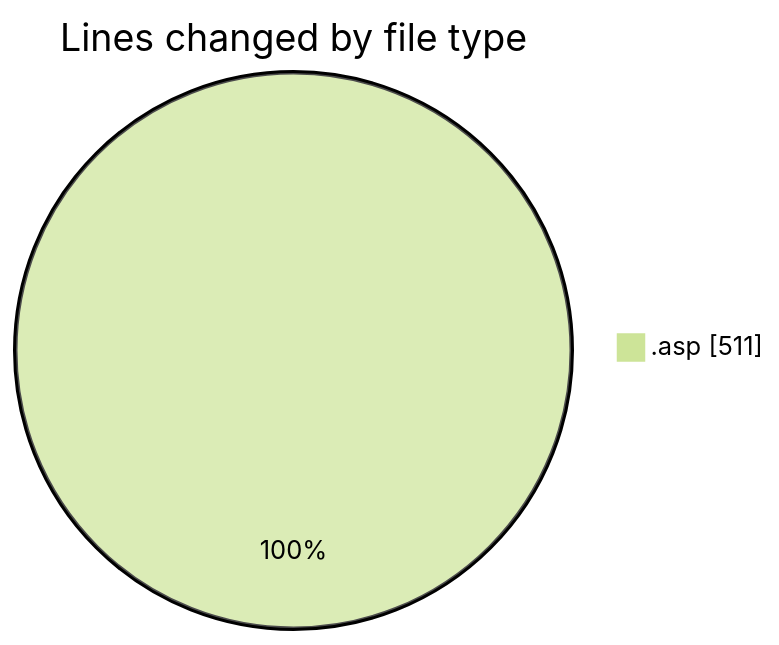
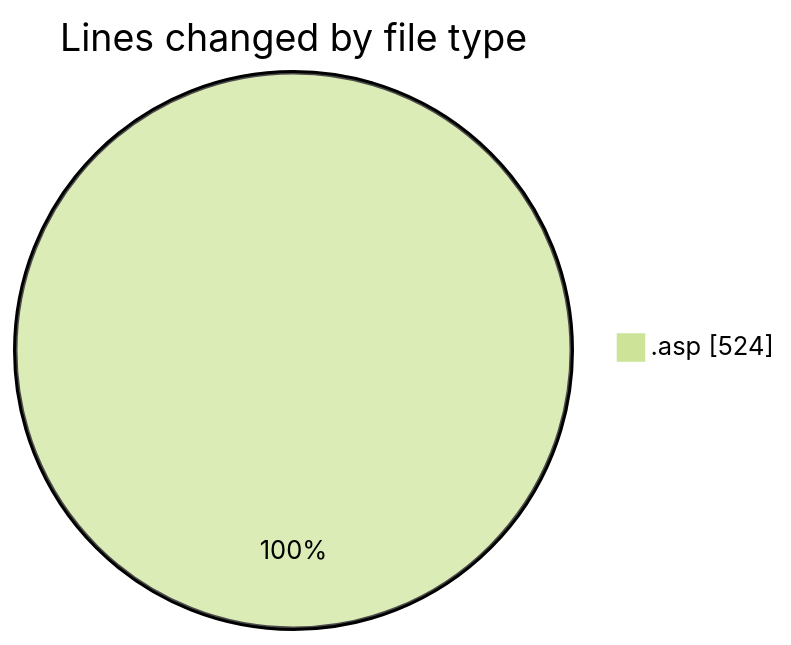
The first of 2 diagrams in 2025-11-20/cdp_aleoudev_fr__workspace_/README.md (julien-gomy/code-tracking), drawn with Mermaid (forest theme) before and after one commit. The commit also changed other lines of this file and 1 other file, not shown here.

````diff
--- a/2025-11-20/cdp_aleoudev_fr__workspace_/README.md
+++ b/2025-11-20/cdp_aleoudev_fr__workspace_/README.md
@@ -20,5 +20,5 @@
 ```mermaid
 pie showData
 title Lines changed by file type
-".asp" : 511
+".asp" : 524
 ```
````
